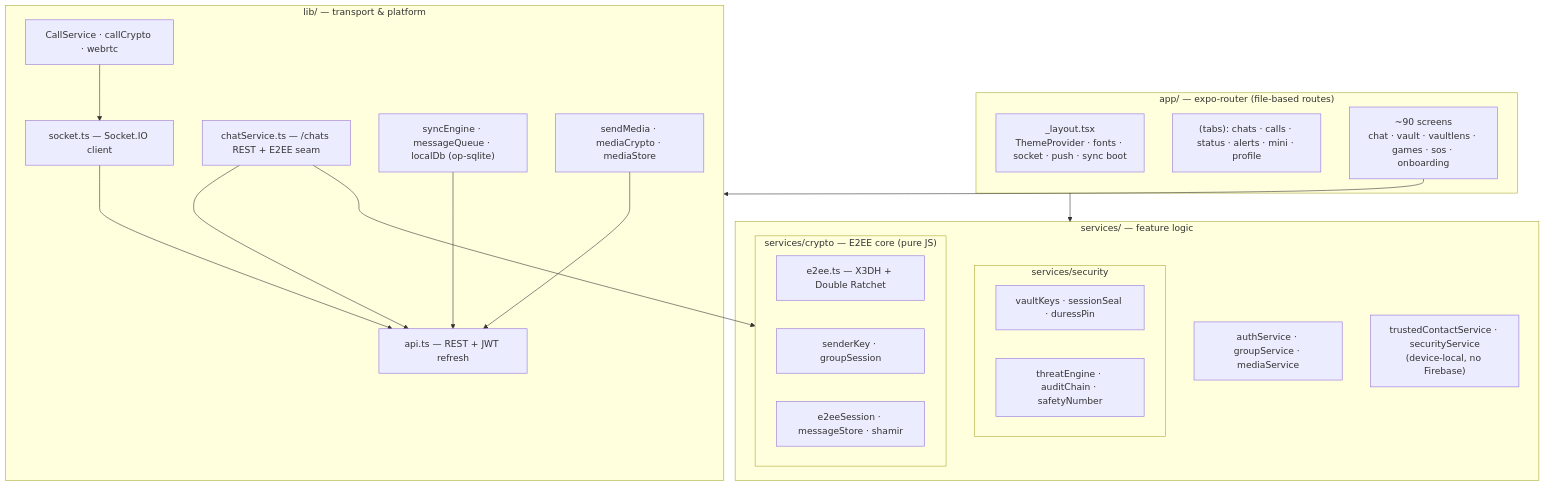
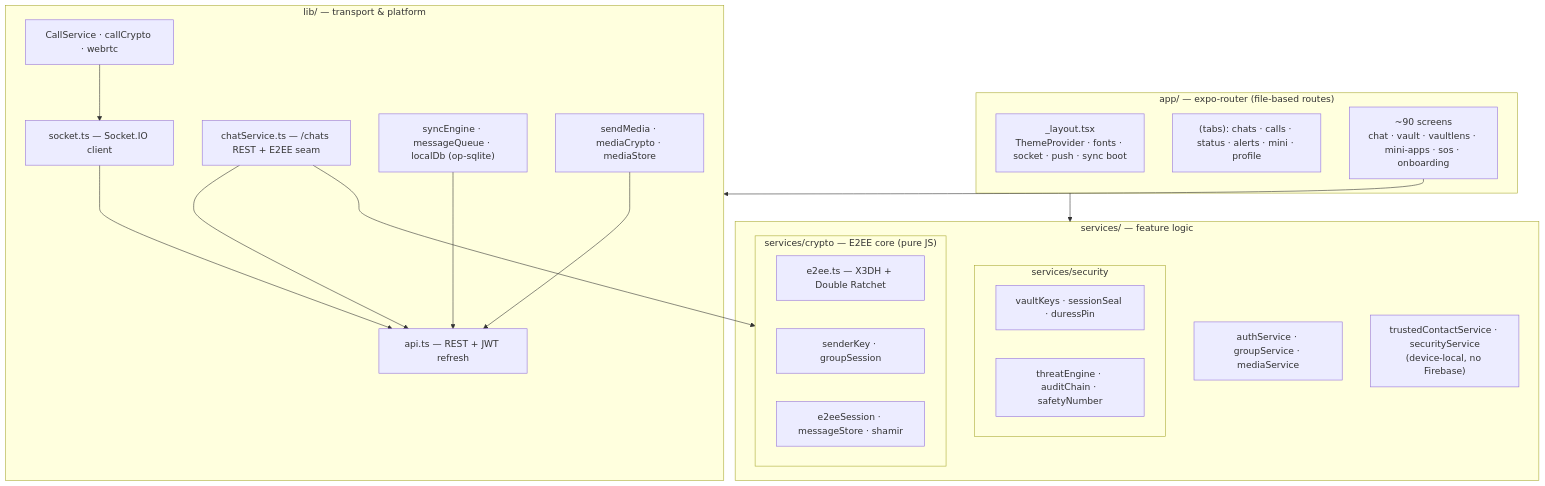
The second of 4 diagrams in ARCHITECTURE.md (srihari8204/VaultChat), drawn with Mermaid before and after one commit. The commit also changed other lines of this file and 1 other file, not shown here.

````diff
--- a/ARCHITECTURE.md
+++ b/ARCHITECTURE.md
@@ -122,40 +122,40 @@
 ```mermaid
 flowchart TB
   subgraph NAV["app/ — expo-router (file-based routes)"]
     LAYOUT["_layout.tsx<br/>ThemeProvider · fonts · socket · push · sync boot"]
     TABS["(tabs): chats · calls · status · alerts · mini · profile"]
-    SCREENS["~90 screens<br/>chat · vault · vaultlens · games · sos · onboarding"]
+    SCREENS["~90 screens<br/>chat · vault · vaultlens · mini-apps · sos · onboarding"]
   end
 
   subgraph SVC["services/ — feature logic"]
     AUTHF["authService · groupService · mediaService"]
     TRUST["trustedContactService · securityService<br/>(device-local, no Firebase)"]
     subgraph CRY["services/crypto — E2EE core (pure JS)"]
       E2EE["e2ee.ts — X3DH + Double Ratchet"]
       SK["senderKey · groupSession"]
       SESS["e2eeSession · messageStore · shamir"]
     end
     subgraph SEC["services/security"]
       VK["vaultKeys · sessionSeal · duressPin"]
       TE["threatEngine · auditChain · safetyNumber"]
     end
   end
 
   subgraph LIB["lib/ — transport & platform"]
     API["api.ts — REST + JWT refresh"]
     SOCK["socket.ts — Socket.IO client"]
     CHATB["chatService.ts — /chats REST + E2EE seam"]
     SYNC["syncEngine · messageQueue · localDb (op-sqlite)"]
     CALL["CallService · callCrypto · webrtc"]
     MEDIA["sendMedia · mediaCrypto · mediaStore"]
   end
 
   NAV --> SVC
   SCREENS --> LIB
   CHATB --> CRY
   CHATB --> API
   SOCK --> API
   CALL --> SOCK
   MEDIA --> API
   SYNC --> API
 ```
````
